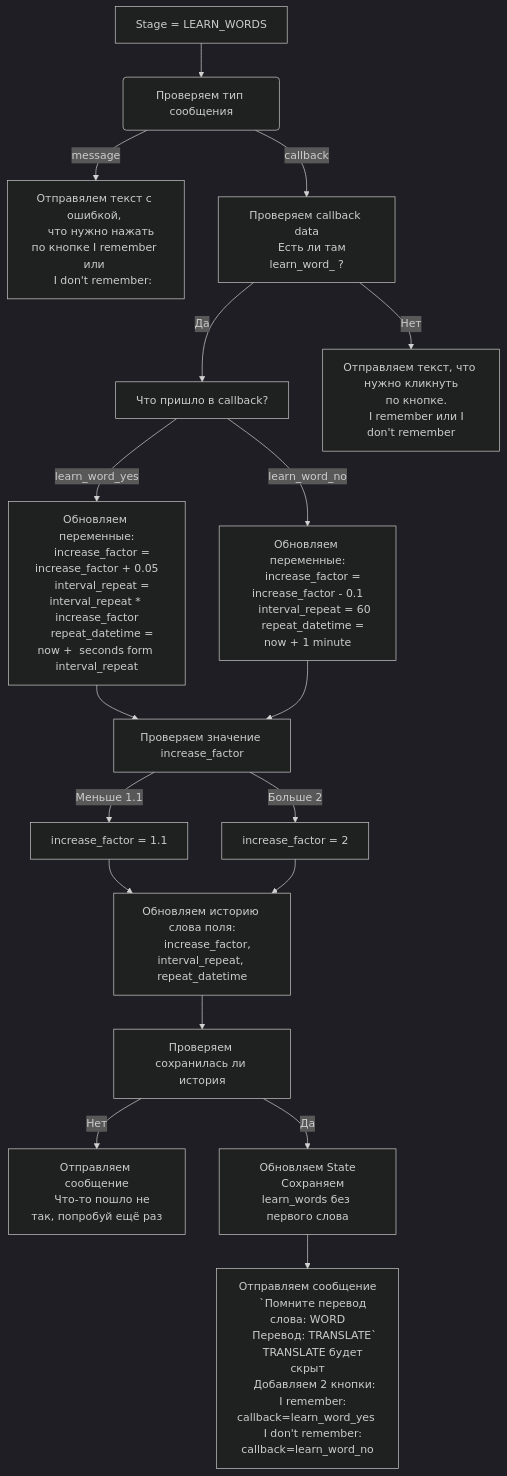
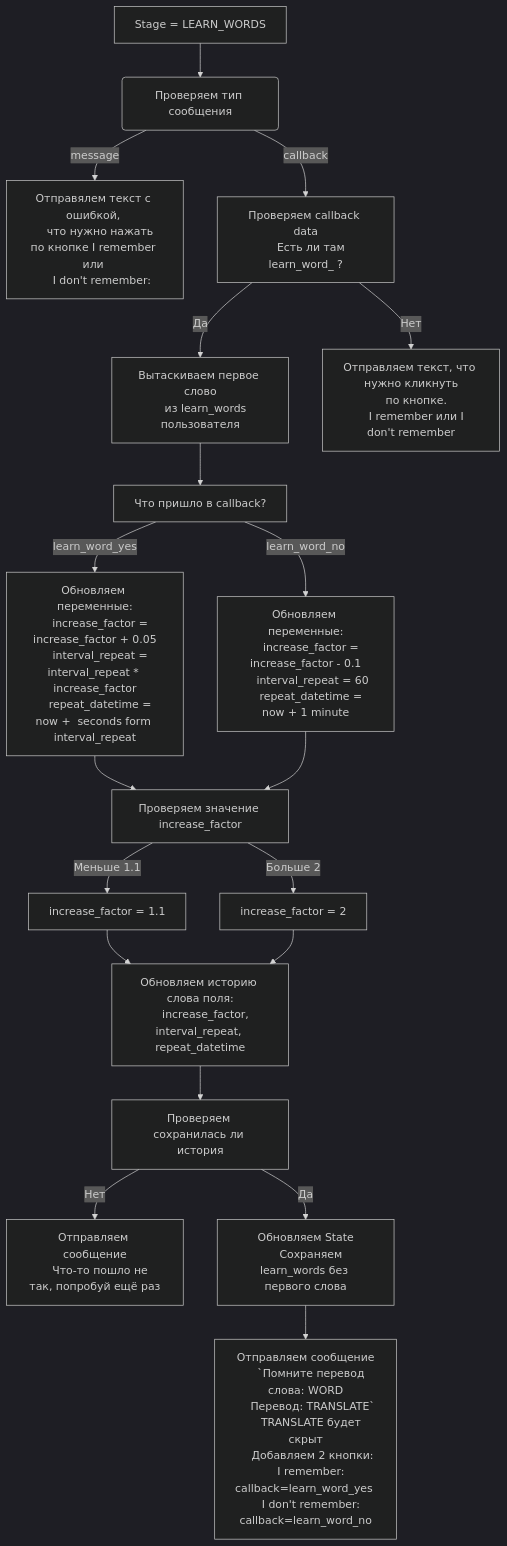
The second of 2 diagrams in documentation/leran_words.md (psgaiduk/learning_en_telegram_bot), drawn with Mermaid (dark theme) before and after one commit.

Commit message:
docs(documentation): add step with get first word LEARN_WORDS

````diff
--- a/documentation/leran_words.md
+++ b/documentation/leran_words.md
@@ -36,50 +36,53 @@
 ```mermaid
 graph TD;
     start[Stage = LEARN_WORDS] --> check_type_message(Проверяем тип сообщения)
     check_type_message --> |message| check_text_message[
     Отправялем текст с ошибкой, 
     что нужно нажать по кнопке I remember или 
     I don't remember:
     ]
     check_type_message --> |callback| check_callback_data[Проверяем callback data
     Есть ли там learn_word_ ?]
-    check_callback_data --> |Да| check_callback_answer[Что пришло в callback?]
+    check_callback_data --> |Да| get_first_word[
+    Вытаскиваем первое слово
+    из learn_words пользователя]
+    get_first_word --> check_callback_answer[Что пришло в callback?]
     check_callback_answer --> |learn_word_yes| remember_word[Обновляем переменные:
     increase_factor = increase_factor + 0.05
     interval_repeat = interval_repeat * increase_factor
     repeat_datetime = now +  seconds form interval_repeat]
     check_callback_answer --> |learn_word_no| dont_remember_word[Обновляем переменные:
     increase_factor = increase_factor - 0.1
     interval_repeat = 60
     repeat_datetime = now + 1 minute]
     remember_word --> check_increase_factor[Проверяем значение increase_factor]
     dont_remember_word --> check_increase_factor
     check_increase_factor --> |Больше 2| more_2_increase_factor[increase_factor = 2]
     check_increase_factor --> |Меньше 1.1| less_1.1_increase_factor[increase_factor = 1.1]
     less_1.1_increase_factor --> save_words_history
     more_2_increase_factor --> save_words_history[
     Обновляем историю слова поля:
     increase_factor, interval_repeat, repeat_datetime
     ]
     save_words_history --> check_save_words_history[Проверяем сохранилась ли история]
     check_save_words_history --> |Нет| bad_save_words_history[
     Отправляем сообщение
     Что-то пошло не так, попробуй ещё раз
     ]
     check_save_words_history --> |Да| good_save_words_history[
     Обновляем State
     Сохраняем learn_words без первого слова
     ]
     check_callback_data --> |Нет| wrong_callback_data[Отправляем текст, что нужно кликнуть
     по кнопке. 
     I remember или I don't remember]
     good_save_words_history --> send_message[
         Отправляем сообщение
     `Помните перевод слова: WORD
     Перевод: TRANSLATE`
     TRANSLATE будет скрыт
     Добавляем 2 кнопки:
     I remember: callback=learn_word_yes 
     I don't remember: callback=learn_word_no
     ]
 ```
````
